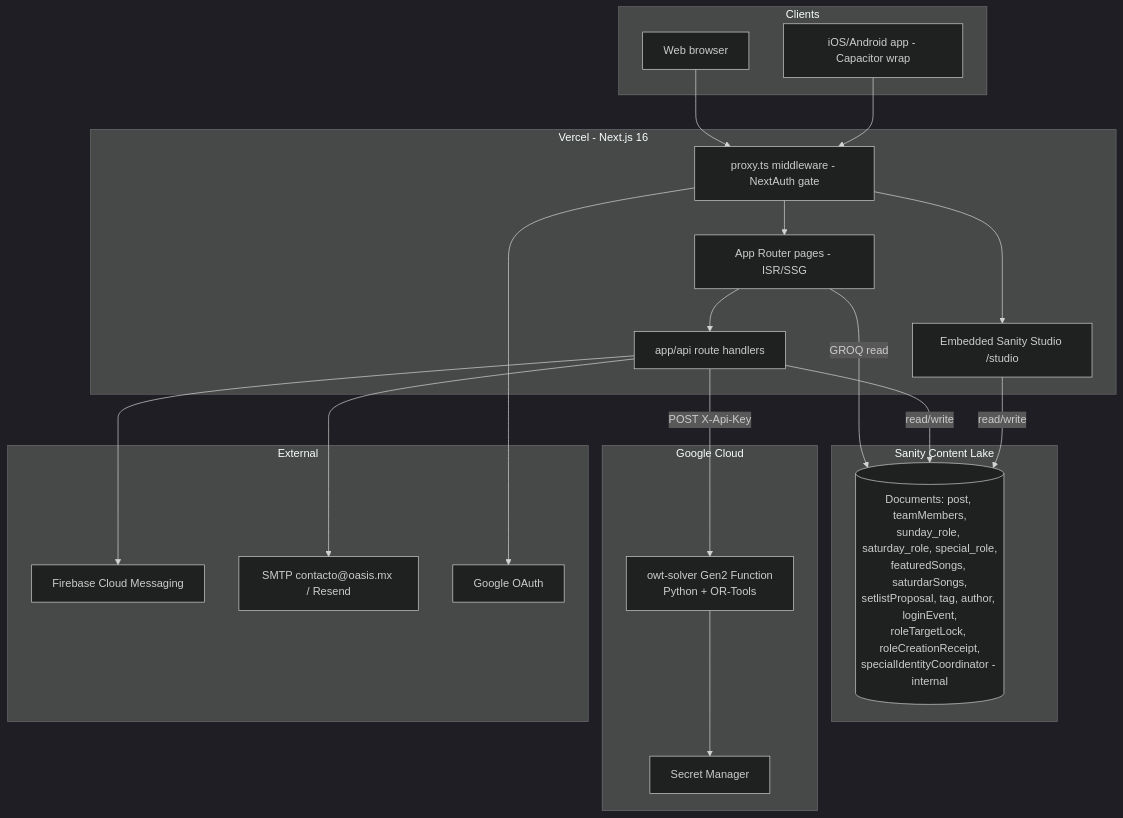
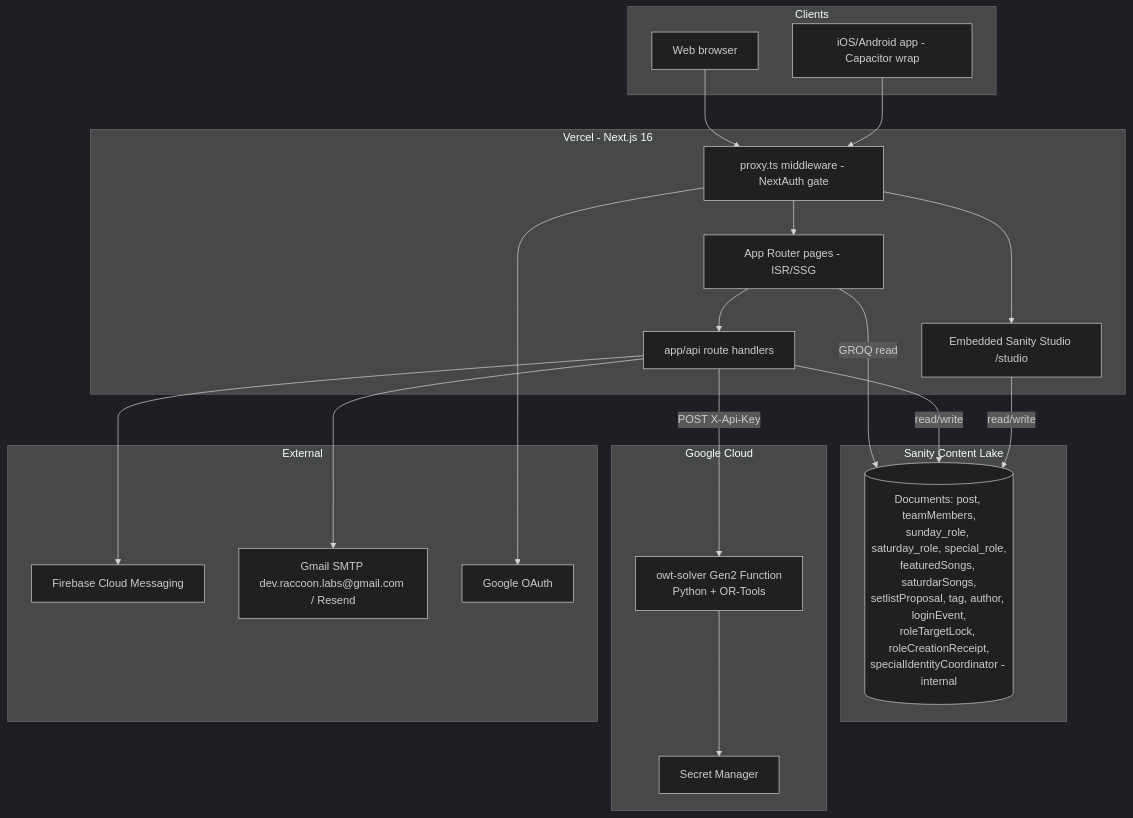
Before and after one commit to FrankERP/owt-kb-v1: the first of 4 diagrams in docs/ARCHITECTURE.md, drawn with Mermaid (dark theme). The commit also changed other lines of this file and 2 other files, not shown here.

First line of the commit message:
docs(email): the sender moved to Gmail and three docs still named the old mailbox

````diff
--- a/docs/ARCHITECTURE.md
+++ b/docs/ARCHITECTURE.md
@@ -53,43 +53,43 @@
 ```mermaid
 flowchart TB
   subgraph Clients
     Web[Web browser]
     iOS[iOS/Android app - Capacitor wrap]
   end
 
   subgraph Vercel[Vercel - Next.js 16]
     MW[proxy.ts middleware - NextAuth gate]
     Pages[App Router pages - ISR/SSG]
     API[app/api route handlers]
     Studio[Embedded Sanity Studio /studio]
   end
 
   subgraph Sanity[Sanity Content Lake]
     Docs[(Documents: post, teamMembers,\nsunday_role, saturday_role, special_role,\nfeaturedSongs, saturdarSongs,\nsetlistProposal, tag, author, loginEvent,\nroleTargetLock, roleCreationReceipt,\nspecialIdentityCoordinator - internal)]
   end
 
   subgraph Google[Google Cloud]
     GCF[owt-solver Gen2 Function\nPython + OR-Tools]
     SM[Secret Manager]
   end
 
   subgraph External
     FCM[Firebase Cloud Messaging]
-    SMTP[SMTP contacto@oasis.mx / Resend]
+    SMTP[Gmail SMTP dev.raccoon.labs@gmail.com / Resend]
     GAuth[Google OAuth]
   end
 
   Web --> MW
   iOS --> MW
   MW --> Pages
   MW --> Studio
   Pages --> API
   Pages -->|GROQ read| Docs
   API -->|read/write| Docs
   Studio -->|read/write| Docs
   API -->|POST X-Api-Key| GCF
   GCF --> SM
   API --> FCM
   API --> SMTP
   MW --> GAuth
 ```
````
